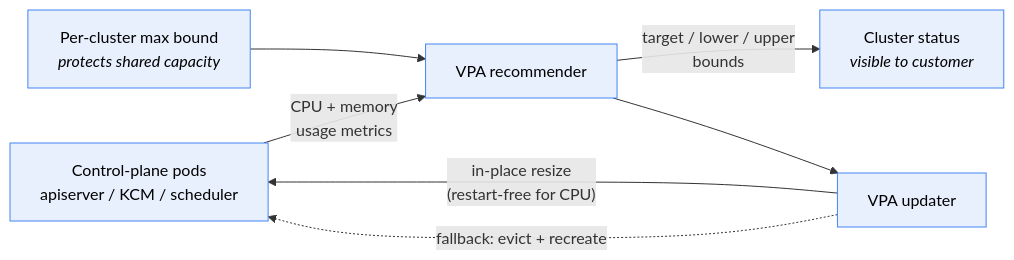
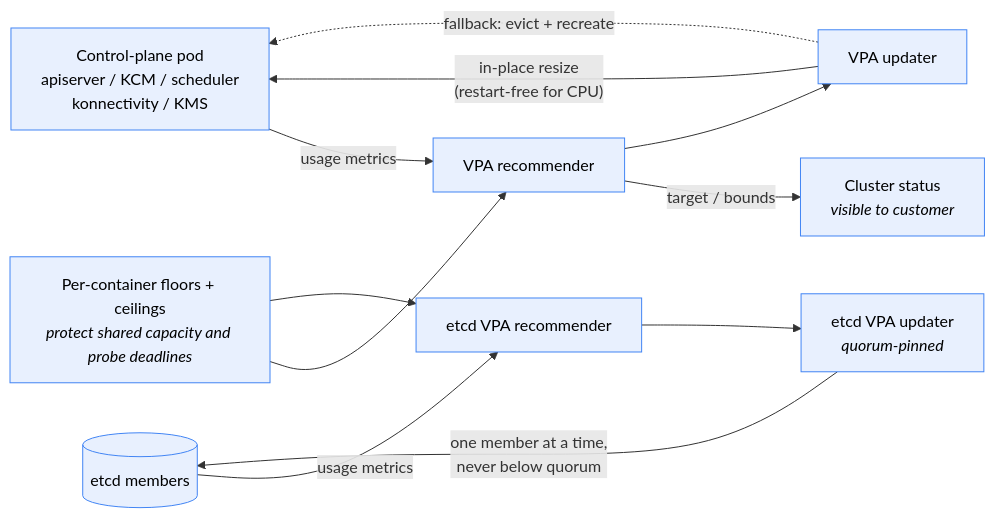
One commit to cs-3pp/kubernetes-cluster changed the fourth of 7 diagrams in docs/managed-kubernetes-datasheet.md. Above: the diagram before and after it, drawn with Mermaid. The commit also changed other lines of this file, not shown here.

````diff
--- a/docs/managed-kubernetes-datasheet.md
+++ b/docs/managed-kubernetes-datasheet.md
@@ -292,12 +304,16 @@
 ```mermaid
 flowchart LR
-    M["Control-plane pods<br/>apiserver / KCM / scheduler"] -->|"CPU + memory<br/>usage metrics"| R["VPA recommender"]
-    R -->|"target / lower / upper<br/>bounds"| S["Cluster status<br/><i>visible to customer</i>"]
+    M["Control-plane pod<br/>apiserver / KCM / scheduler<br/>konnectivity / KMS"] -->|"usage metrics"| R["VPA recommender"]
+    E[("etcd members")] -->|"usage metrics"| R2["etcd VPA recommender"]
+    R -->|"target / bounds"| S["Cluster status<br/><i>visible to customer</i>"]
     R --> U["VPA updater"]
+    R2 --> U2["etcd VPA updater<br/><i>quorum-pinned</i>"]
     U -->|"in-place resize<br/>(restart-free for CPU)"| M
     U -.->|"fallback: evict + recreate"| M
-    CAP["Per-cluster max bound<br/><i>protects shared capacity</i>"] --> R
+    U2 -->|"one member at a time,<br/>never below quorum"| E
+    CAP["Per-container floors + ceilings<br/><i>protect shared capacity and probe deadlines</i>"] --> R
+    CAP --> R2
 
     classDef n fill:#e8f0fe,stroke:#4285f4,color:#000
-    class M,R,S,U,CAP n
+    class M,E,R,R2,S,U,U2,CAP n
 ```
````
